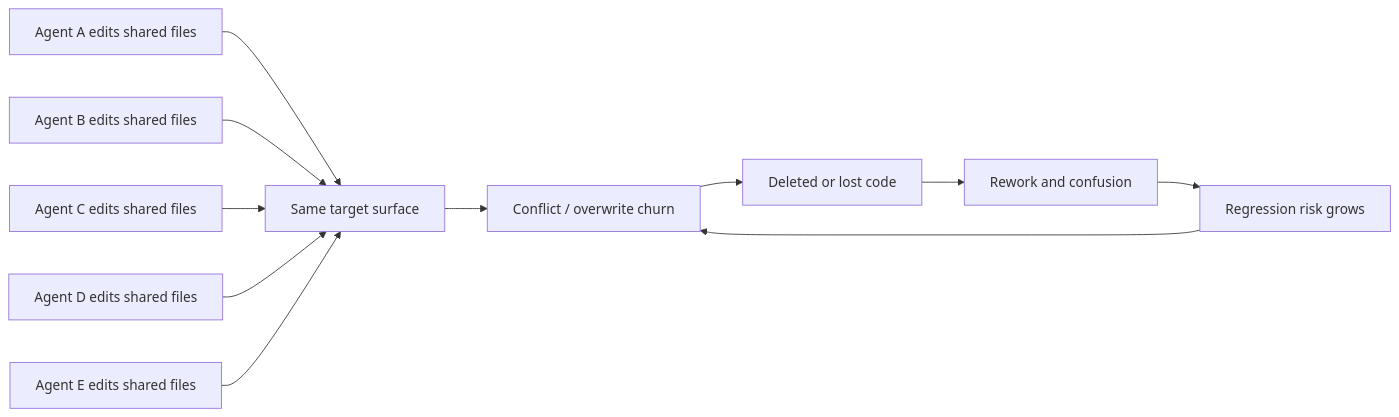
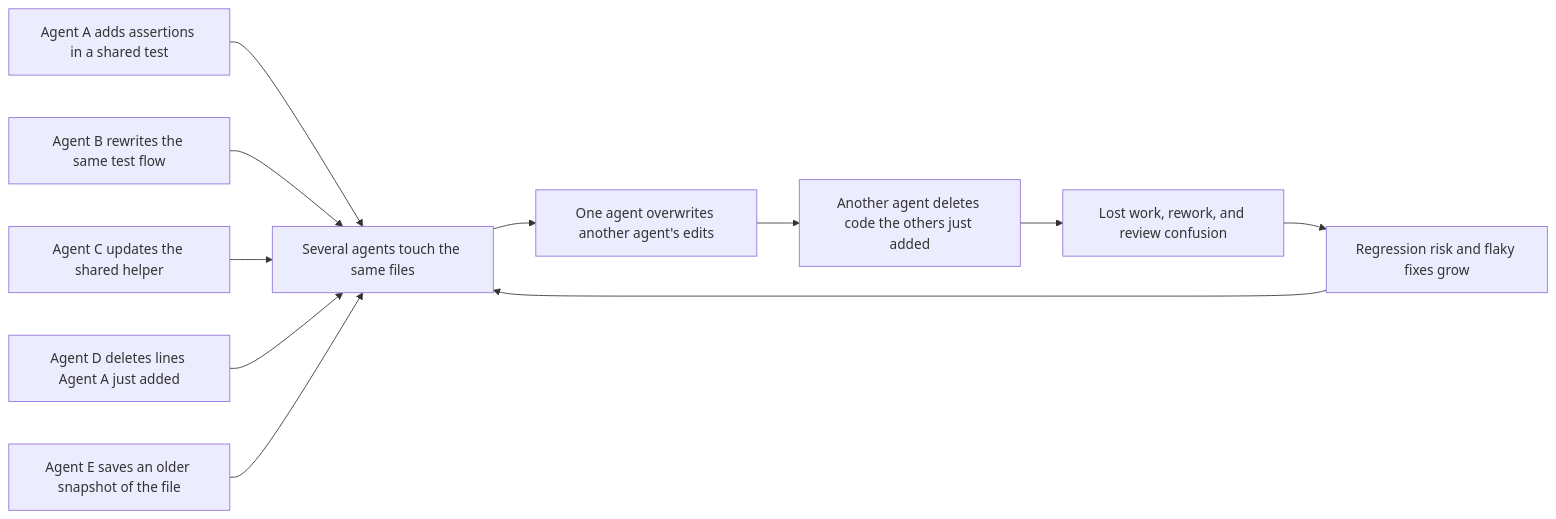
The diagram in README.md (recodeee/guardex), drawn with Mermaid before and after one commit. The commit also changed other lines of this file and 3 other files, not shown here.

````diff
--- a/README.md
+++ b/README.md
@@ -27,13 +23,13 @@
 ```mermaid
 flowchart LR
-    A[Agent A edits shared files] --> S[Same target surface]
-    B[Agent B edits shared files] --> S
-    C[Agent C edits shared files] --> S
-    D[Agent D edits shared files] --> S
-    E[Agent E edits shared files] --> S
-    S --> F[Conflict / overwrite churn]
-    F --> G[Deleted or lost code]
-    G --> H[Rework and confusion]
-    H --> I[Regression risk grows]
-    I --> F
+    A[Agent A adds assertions in a shared test] --> S[Several agents touch the same files]
+    B[Agent B rewrites the same test flow] --> S
+    C[Agent C updates the shared helper] --> S
+    D[Agent D deletes lines Agent A just added] --> S
+    E[Agent E saves an older snapshot of the file] --> S
+    S --> F[One agent overwrites another agent's edits]
+    F --> G[Another agent deletes code the others just added]
+    G --> H[Lost work, rework, and review confusion]
+    H --> I[Regression risk and flaky fixes grow]
+    I --> S
 ```
````
